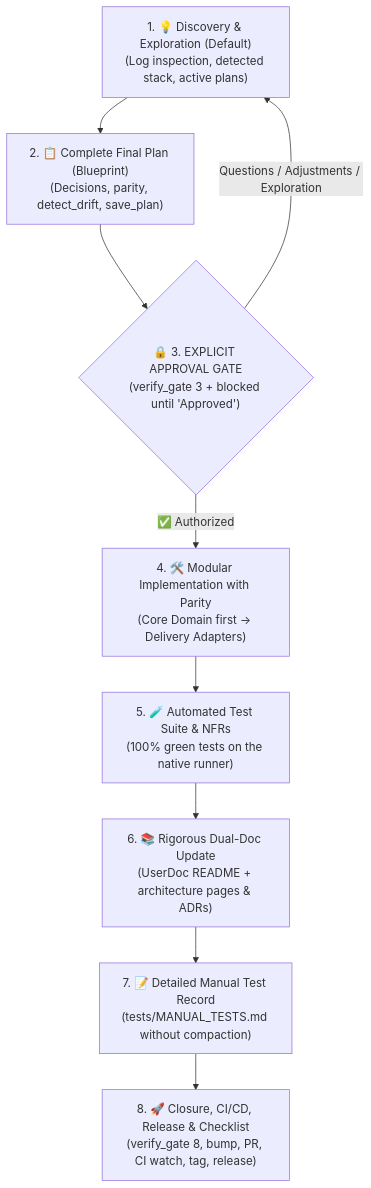
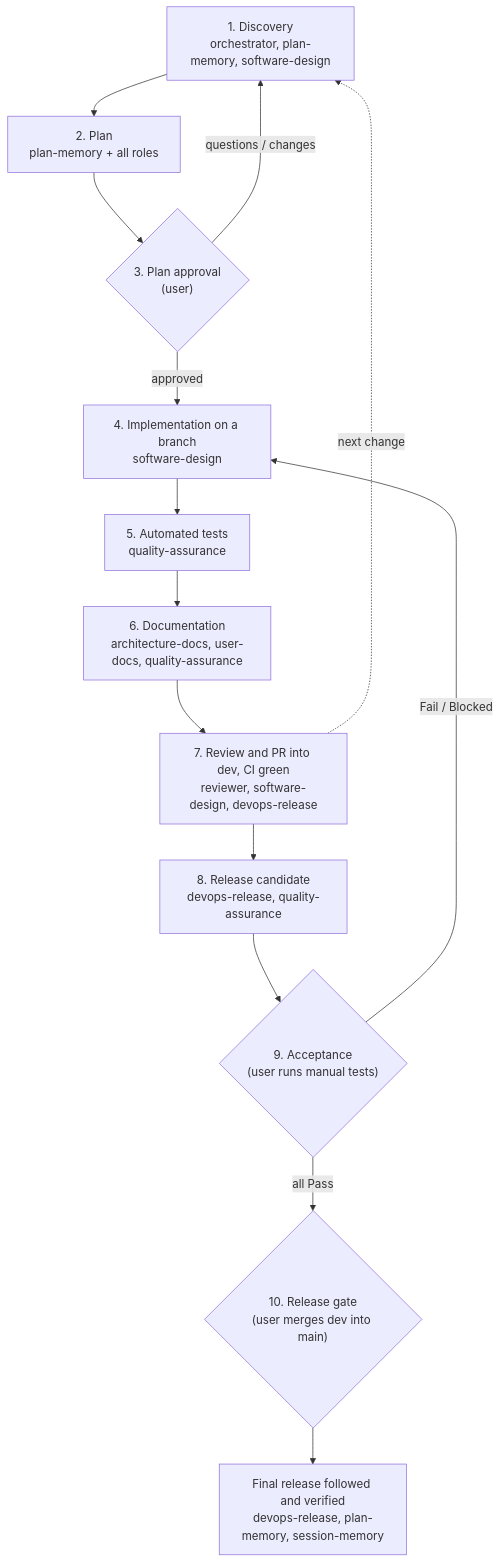
The diagram in dev-cycle-protocol/SKILL.md (Levix-Digital/ai-code-agent-skills), drawn with Mermaid before and after one commit. The commit also changed other lines of this file and 6 other files, not shown here.

First line of the commit message:
feat(dev-cycle-protocol): orchestrator of the role-based cycle (v3)

````diff
--- a/dev-cycle-protocol/SKILL.md
+++ b/dev-cycle-protocol/SKILL.md
@@ -87,11 +59,16 @@
 ```mermaid
 graph TD
-    A["1. 💡 Discovery & Exploration (Default)<br/>(Log inspection, detected stack, active plans)"] --> B["2. 📋 Complete Final Plan (Blueprint)<br/>(Decisions, parity, detect_drift, save_plan)"]
-    B --> C{"🔒 3. EXPLICIT APPROVAL GATE<br/>(verify_gate 3 + blocked until 'Approved')"}
-    C -- "Questions / Adjustments / Exploration" --> A
-    C -- "✅ Authorized" --> D["4. 🛠️ Modular Implementation with Parity<br/>(Core Domain first -> Delivery Adapters)"]
-    D --> E["5. 🧪 Automated Test Suite & NFRs<br/>(100% green tests on the native runner)"]
-    E --> F["6. 📚 Rigorous Dual-Doc Update<br/>(UserDoc README + architecture pages & ADRs)"]
-    F --> G["7. 📝 Detailed Manual Test Record<br/>(tests/MANUAL_TESTS.md without compaction)"]
-    G --> H["8. 🚀 Closure, CI/CD, Release & Checklist<br/>(verify_gate 8, bump, PR, CI watch, tag, release)"]
+    P1["1. Discovery<br/>orchestrator, plan-memory, software-design"] --> P2["2. Plan<br/>plan-memory + all roles"]
+    P2 --> G3{"3. Plan approval<br/>(user)"}
+    G3 -- "questions / changes" --> P1
+    G3 -- "approved" --> P4["4. Implementation on a branch<br/>software-design"]
+    P4 --> P5["5. Automated tests<br/>quality-assurance"]
+    P5 --> P6["6. Documentation<br/>architecture-docs, user-docs, quality-assurance"]
+    P6 --> P7["7. Review and PR into dev, CI green<br/>reviewer, software-design, devops-release"]
+    P7 -. "next change" .-> P1
+    P7 --> P8["8. Release candidate<br/>devops-release, quality-assurance"]
+    P8 --> G9{"9. Acceptance<br/>(user runs manual tests)"}
+    G9 -- "Fail / Blocked" --> P4
+    G9 -- "all Pass" --> G10{"10. Release gate<br/>(user merges dev into main)"}
+    G10 --> P11["Final release followed and verified<br/>devops-release, plan-memory, session-memory"]
 ```
````
